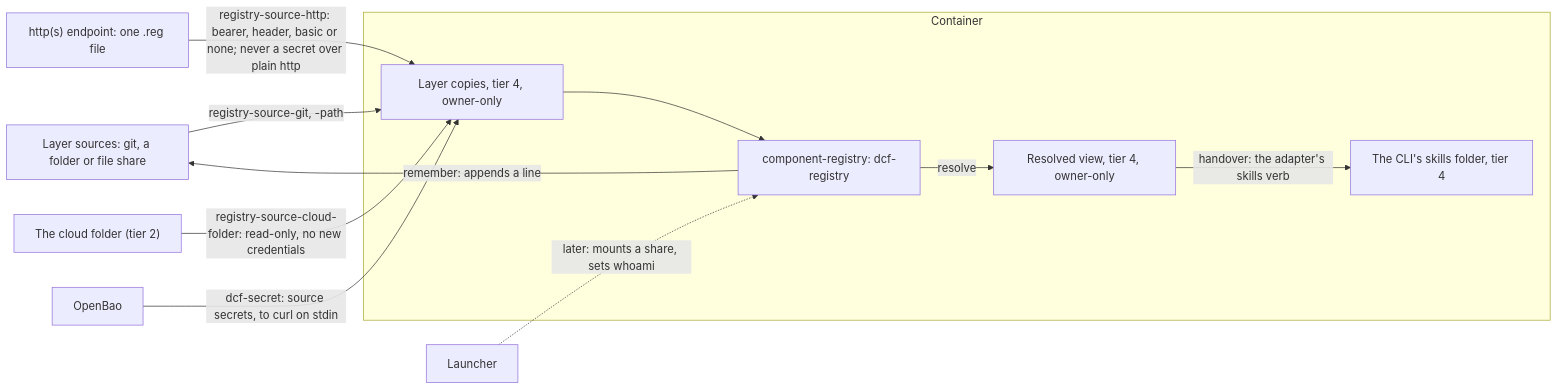
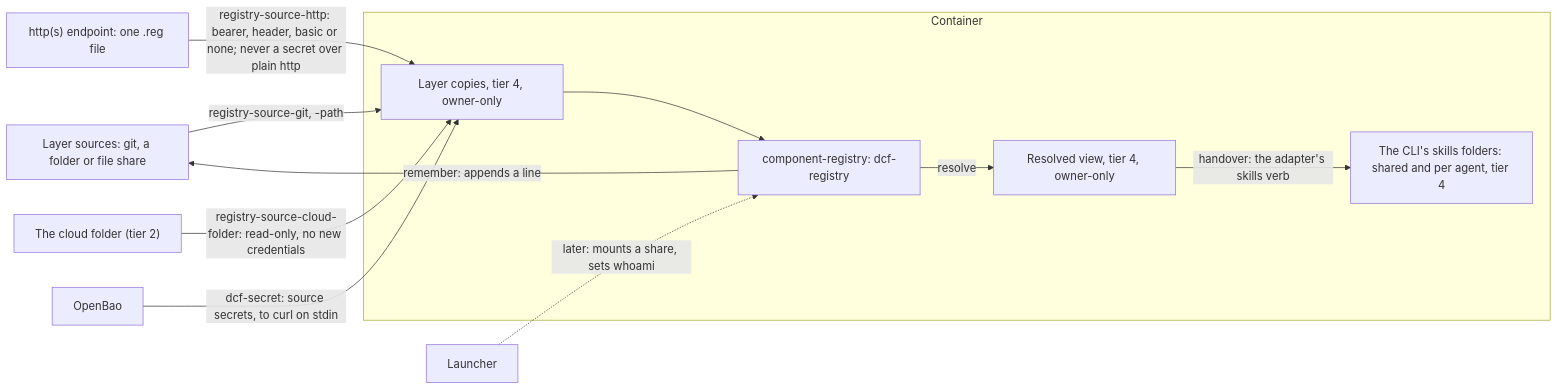
The ninth of 10 diagrams in docs/architecture/data-flows.md (nabil-becker/devcontainer-features), drawn with Mermaid before and after one commit. The commit also changed other lines of this file and 46 other files, not shown here.

First line of the commit message:
feat(component-registry): each agent its own registry skills (agent-skills-folders)

````diff
--- a/docs/architecture/data-flows.md
+++ b/docs/architecture/data-flows.md
@@ -327,23 +327,23 @@
 ```mermaid
 flowchart LR
   external-sources["Layer sources: git, a folder or file share"]
   external-http["http(s) endpoint: one .reg file"]
   external-cloud["The cloud folder (tier 2)"]
   master-of-secrets["OpenBao"]
   subgraph external-zone-ct["Container"]
     component-registry["component-registry: dcf-registry"]
     external-copies["Layer copies, tier 4, owner-only"]
     external-view["Resolved view, tier 4, owner-only"]
-    external-cli-skills["The CLI's skills folder, tier 4"]
+    external-cli-skills["The CLI's skills folders: shared and per agent, tier 4"]
   end
   launcher["Launcher"]
   external-sources -->|registry-source-git, -path| external-copies
   external-http -->|registry-source-http: bearer, header, basic or none; never a secret over plain http| external-copies
   external-cloud -->|registry-source-cloud-folder: read-only, no new credentials| external-copies
   master-of-secrets -->|dcf-secret: source secrets, to curl on stdin| external-copies
   launcher -.->|later: mounts a share, sets whoami| component-registry
   external-copies --> component-registry
   component-registry -->|resolve| external-view
   external-view -->|handover: the adapter's skills verb| external-cli-skills
   component-registry -->|remember: appends a line| external-sources
 ```
````
